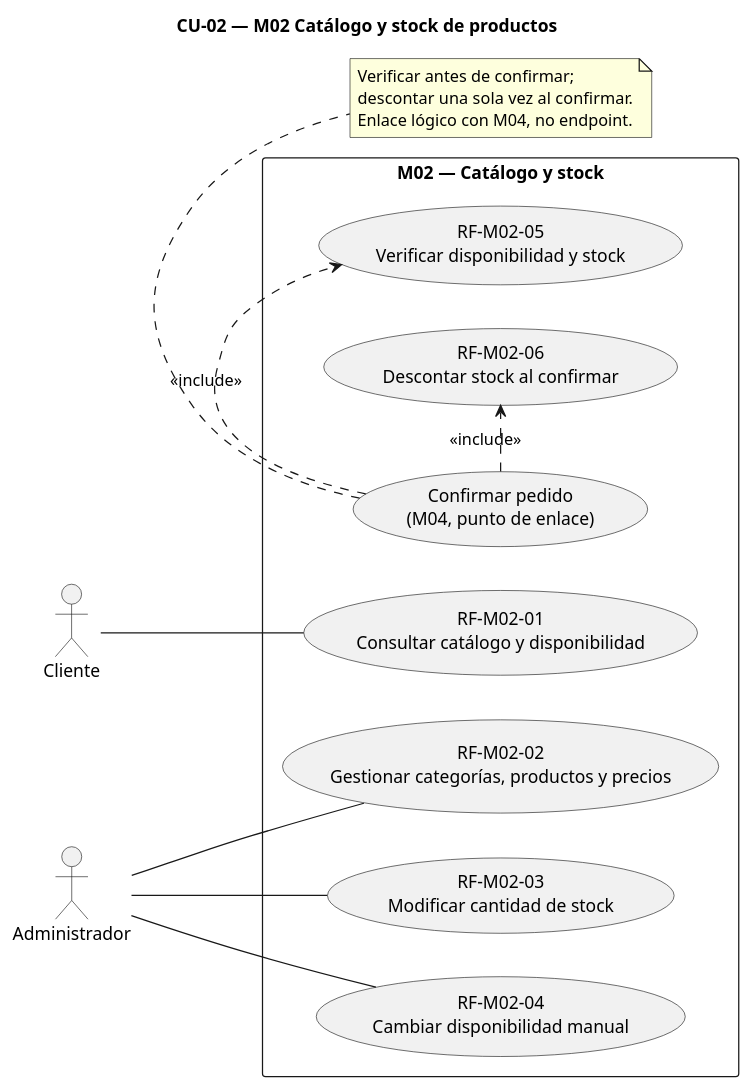
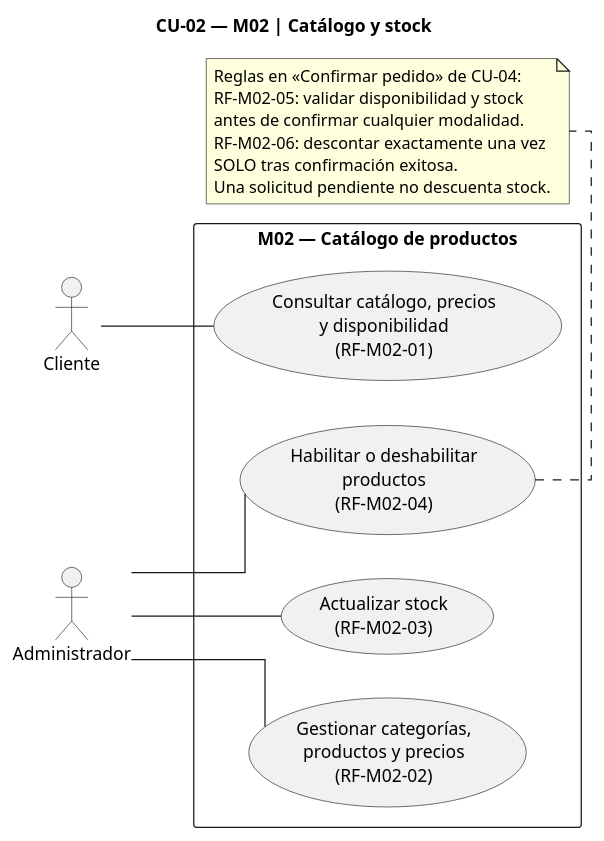
Before and after one commit to HeizenGP/restaurant-app-frontend-v2: the diagram in docs/etapas/diagramas/etapa-04/etapa-04-cu-m02.puml, drawn with PlantUML.

Commit message:
docs(etapa-04): synchronize improved use case m02

```diff
--- a/docs/etapas/diagramas/etapa-04/etapa-04-cu-m02.puml
+++ b/docs/etapas/diagramas/etapa-04/etapa-04-cu-m02.puml
@@ -1,27 +1,26 @@
 @startuml
+title CU-02 — M02 | Catálogo y stock
 left to right direction
-title CU-02 — M02 Catálogo y stock de productos
 skinparam shadowing false
+skinparam linetype ortho
 actor "Cliente" as C
 actor "Administrador" as A
-rectangle "M02 — Catálogo y stock" {
-  usecase "RF-M02-01\nConsultar catálogo y disponibilidad" as U1
-  usecase "RF-M02-02\nGestionar categorías, productos y precios" as U2
-  usecase "RF-M02-03\nModificar cantidad de stock" as U3
-  usecase "RF-M02-04\nCambiar disponibilidad manual" as U4
-  usecase "RF-M02-05\nVerificar disponibilidad y stock" as U5
-  usecase "RF-M02-06\nDescontar stock al confirmar" as U6
-  usecase "Confirmar pedido\n(M04, punto de enlace)" as CONF
+rectangle "M02 — Catálogo de productos" {
+  usecase "Consultar catálogo, precios\ny disponibilidad\n(RF-M02-01)" as U1
+  usecase "Gestionar categorías,\nproductos y precios\n(RF-M02-02)" as U2
+  usecase "Actualizar stock\n(RF-M02-03)" as U3
+  usecase "Habilitar o deshabilitar\nproductos\n(RF-M02-04)" as U4
 }
 C -- U1
 A -- U2
 A -- U3
 A -- U4
-CONF .> U5 : <<include>>
-CONF .> U6 : <<include>>
-note bottom of CONF
-  Verificar antes de confirmar;
-  descontar una sola vez al confirmar.
-  Enlace lógico con M04, no endpoint.
+note bottom of U4
+  Reglas en «Confirmar pedido» de CU-04:
+  RF-M02-05: validar disponibilidad y stock
+  antes de confirmar cualquier modalidad.
+  RF-M02-06: descontar exactamente una vez
+  SOLO tras confirmación exitosa.
+  Una solicitud pendiente no descuenta stock.
 end note
 @enduml
```
